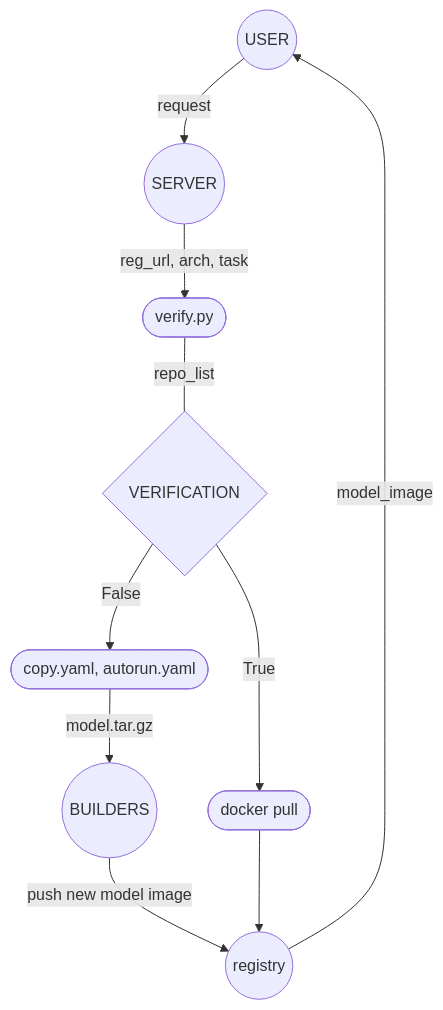
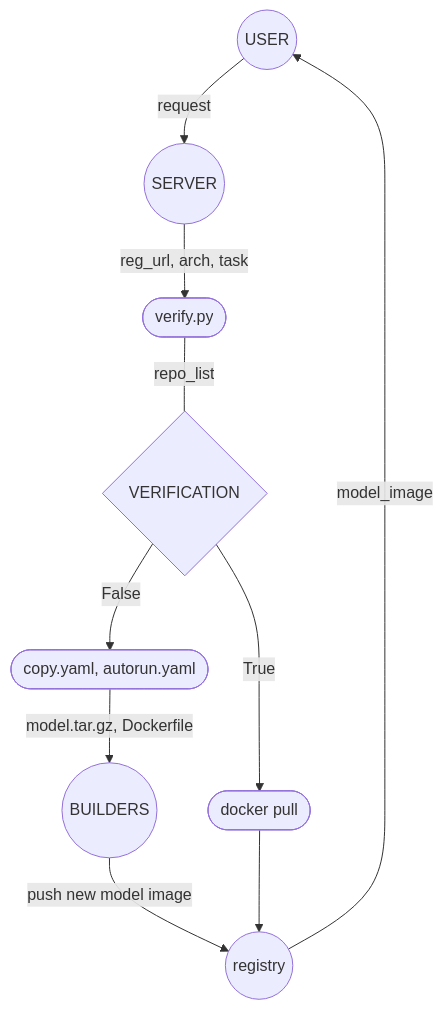
The diagram in v2/bhc/verification/README.md (etri-edgeai/cloud-edge-aicontainers), drawn with Mermaid before and after one commit.

````diff
--- a/v2/bhc/verification/README.md
+++ b/v2/bhc/verification/README.md
@@ -35,12 +35,12 @@
 ```mermaid
 graph TD
 a((USER)) -->|request|b((SERVER))
 b --> |reg_url, arch, task|i([verify.py])
 i --- |repo_list|c{VERIFICATION}
 c --> |True|d([docker pull])
 c --> |False|e([copy.yaml, autorun.yaml])
-e --> |model.tar.gz|f((BUILDERS))
+e --> |model.tar.gz, Dockerfile|f((BUILDERS))
 f --> |push new model image|h
 h((registry)) --> |model_image|a
 d --> h
 ```
````
